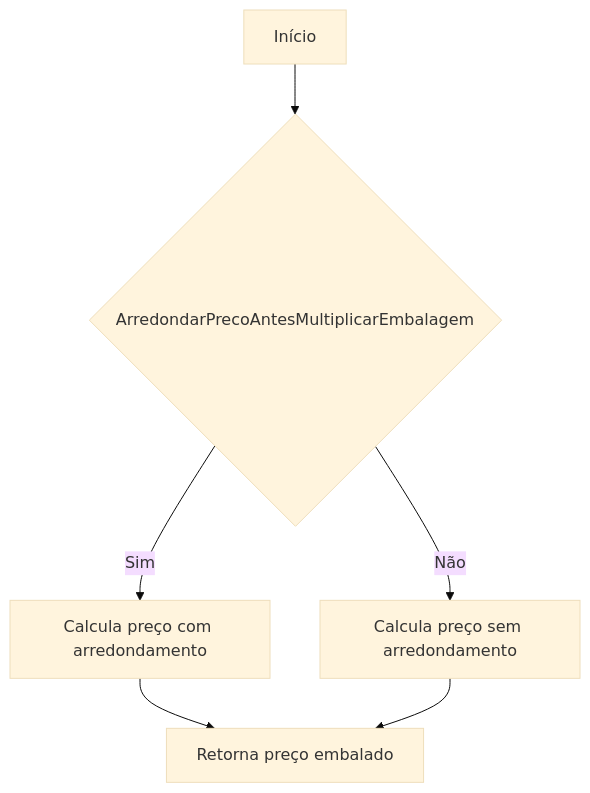
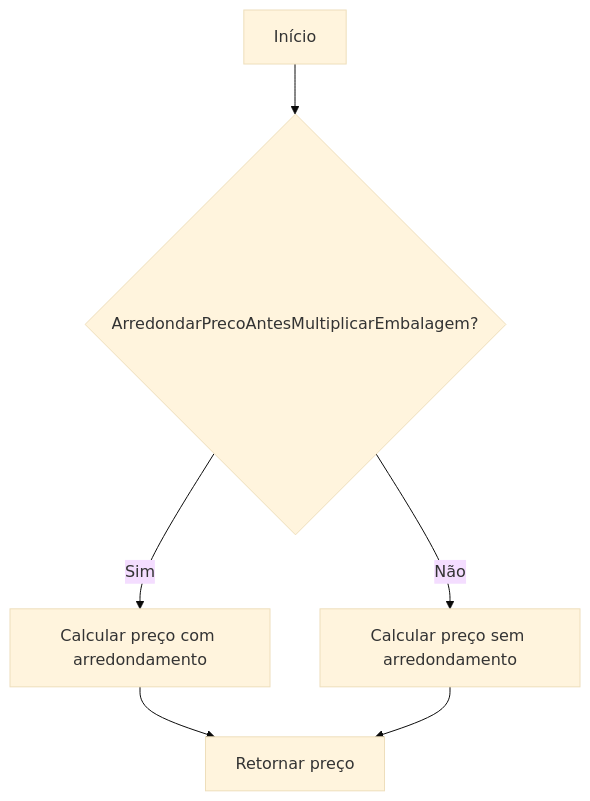
The first of 2 diagrams in docs/b2b-dominio/IsthmusWinthor.Nucleo/IsthmusWinthor.Dominio/POCO/Embalagem.md (IsthmusSistemas/documentacao-tecnica), drawn with Mermaid (base theme) before and after one commit. The commit also changed other lines of this file and 882 other files, not shown here.

````diff
--- a/docs/b2b-dominio/IsthmusWinthor.Nucleo/IsthmusWinthor.Dominio/POCO/Embalagem.md
+++ b/docs/b2b-dominio/IsthmusWinthor.Nucleo/IsthmusWinthor.Dominio/POCO/Embalagem.md
@@ -24,8 +21,8 @@
 ```mermaid
 flowchart TD
-    A[Início] --> B{ArredondarPrecoAntesMultiplicarEmbalagem}
-    B -- Sim --> C[Calcula preço com arredondamento]
-    B -- Não --> D[Calcula preço sem arredondamento]
-    C --> E[Retorna preço embalado]
-    D --> E[Retorna preço embalado]
+    A[Início] --> B{ArredondarPrecoAntesMultiplicarEmbalagem?}
+    B -- Sim --> C[Calcular preço com arredondamento]
+    C --> D[Retornar preço]
+    B -- Não --> E[Calcular preço sem arredondamento]
+    E --> D
 ```
````
